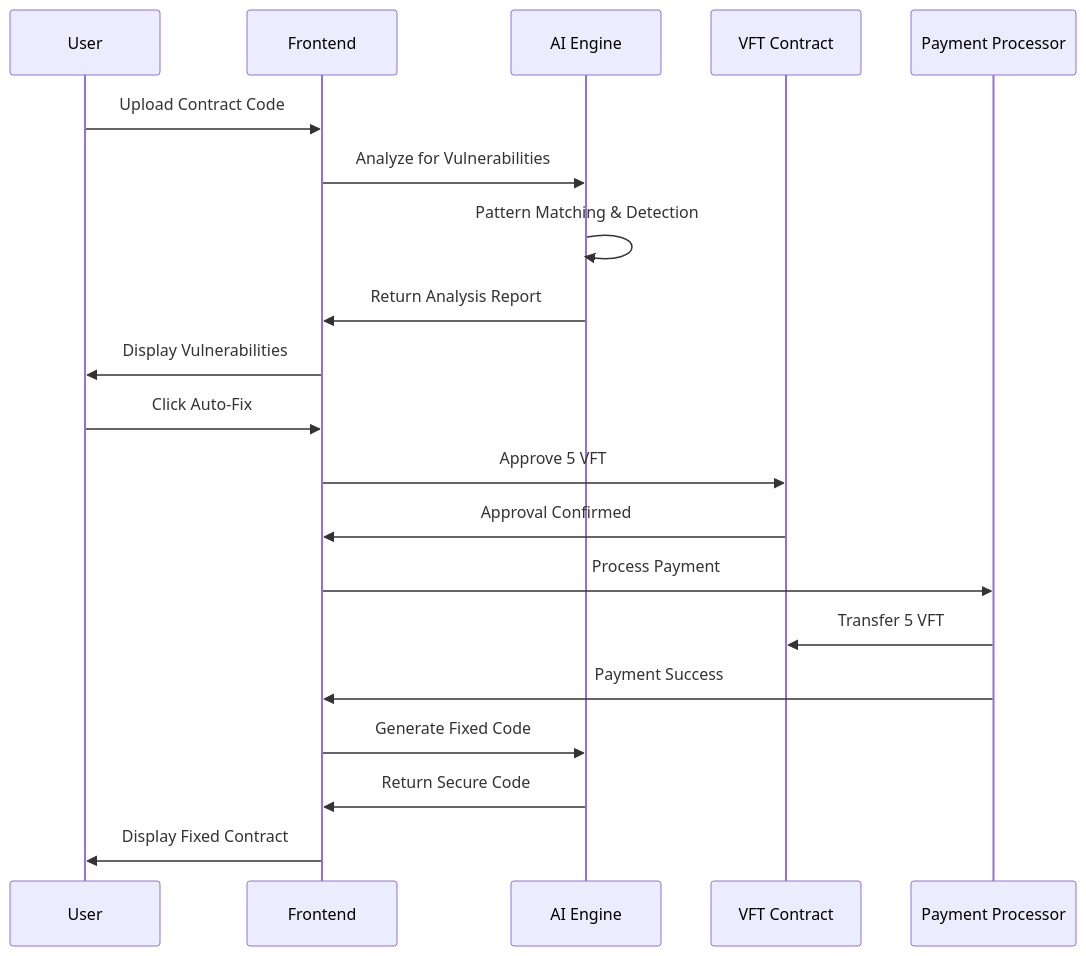
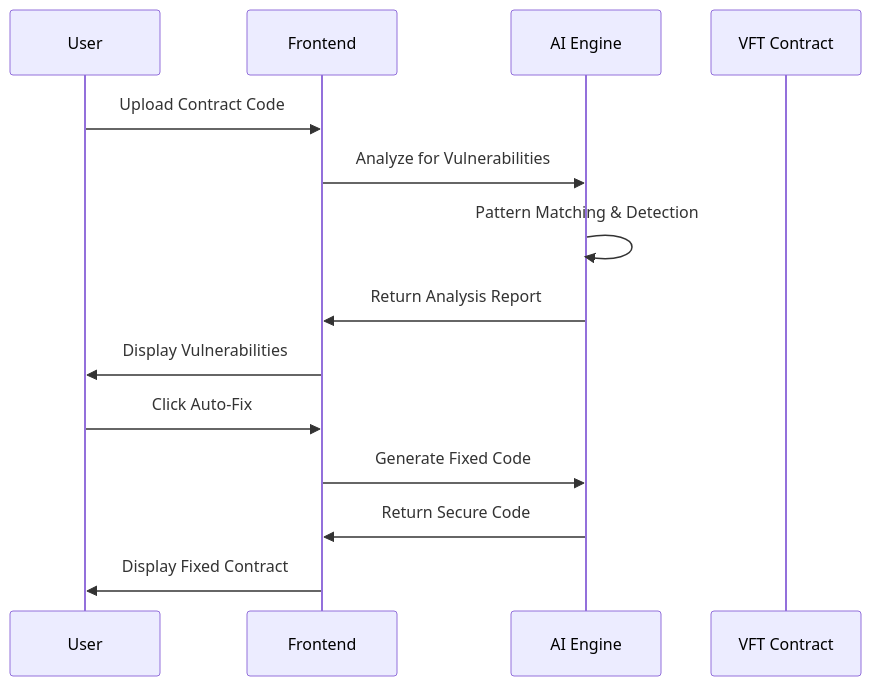
Before and after one commit to manjeetsharma0796/VulnFlow: the third of 3 diagrams in README.md, drawn with Mermaid. The commit also changed other lines of this file and 9 other files, not shown here.

````diff
--- a/README.md
+++ b/README.md
@@ -150,24 +136,18 @@
 ```mermaid
 sequenceDiagram
     participant User
     participant Frontend
     participant AI Engine
     participant VFT Contract
-    participant Payment Processor
     
     User->>Frontend: Upload Contract Code
     Frontend->>AI Engine: Analyze for Vulnerabilities
     AI Engine->>AI Engine: Pattern Matching & Detection
     AI Engine->>Frontend: Return Analysis Report
     Frontend->>User: Display Vulnerabilities
     
     User->>Frontend: Click Auto-Fix
-    Frontend->>VFT Contract: Approve 5 VFT
-    VFT Contract->>Frontend: Approval Confirmed
-    Frontend->>Payment Processor: Process Payment
-    Payment Processor->>VFT Contract: Transfer 5 VFT
-    Payment Processor->>Frontend: Payment Success
     Frontend->>AI Engine: Generate Fixed Code
     AI Engine->>Frontend: Return Secure Code
     Frontend->>User: Display Fixed Contract
 ```
````
